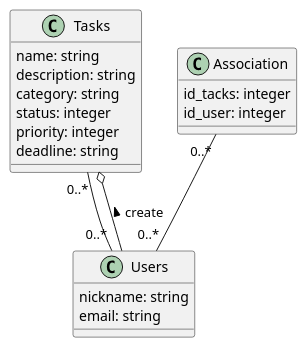
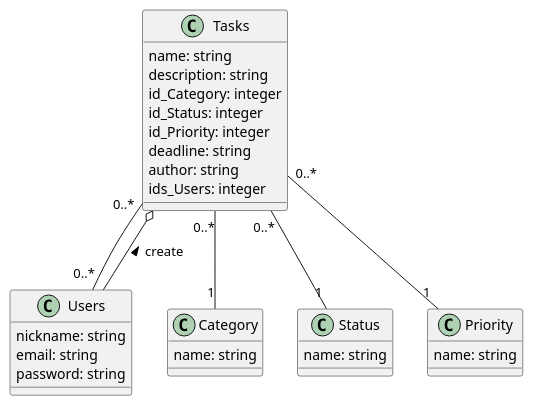
Before and after one commit to LaigleJ/ToDoList_alt: the diagram in plantUml/diagramme_de_class.puml, drawn with PlantUML. The commit also changed 7 other files, not shown here.

Commit message:
add modification plantUML

```diff
--- a/plantUml/diagramme_de_class.puml
+++ b/plantUml/diagramme_de_class.puml
@@ -1,26 +1,41 @@
 @startuml
 
 class Tasks {
     name: string
     description: string
-    category: string
-    status: integer
-    priority: integer
+    id_Category: integer
+    id_Status: integer
+    id_Priority: integer
     deadline: string
+    author: string
+    ids_Users: integer
 }
 
 class Users {
     nickname: string
     email: string
+    password: string
 }
 
-class Association {
-    id_tacks: integer
-    id_user: integer
+class Category {
+    name: string
 }
+
+class Status {
+    name: string
+}
+
+class Priority {
+    name: string
+}
+
+
 
 Users --o Tasks : create >
 Tasks "0..*"--"0..*" Users
-Association "0..*"--"0..*" Users
+Tasks "0..*"--"1" Category
+Tasks "0..*"--"1" Status
+Tasks "0..*"--"1" Priority
+
 
 @enduml
```
